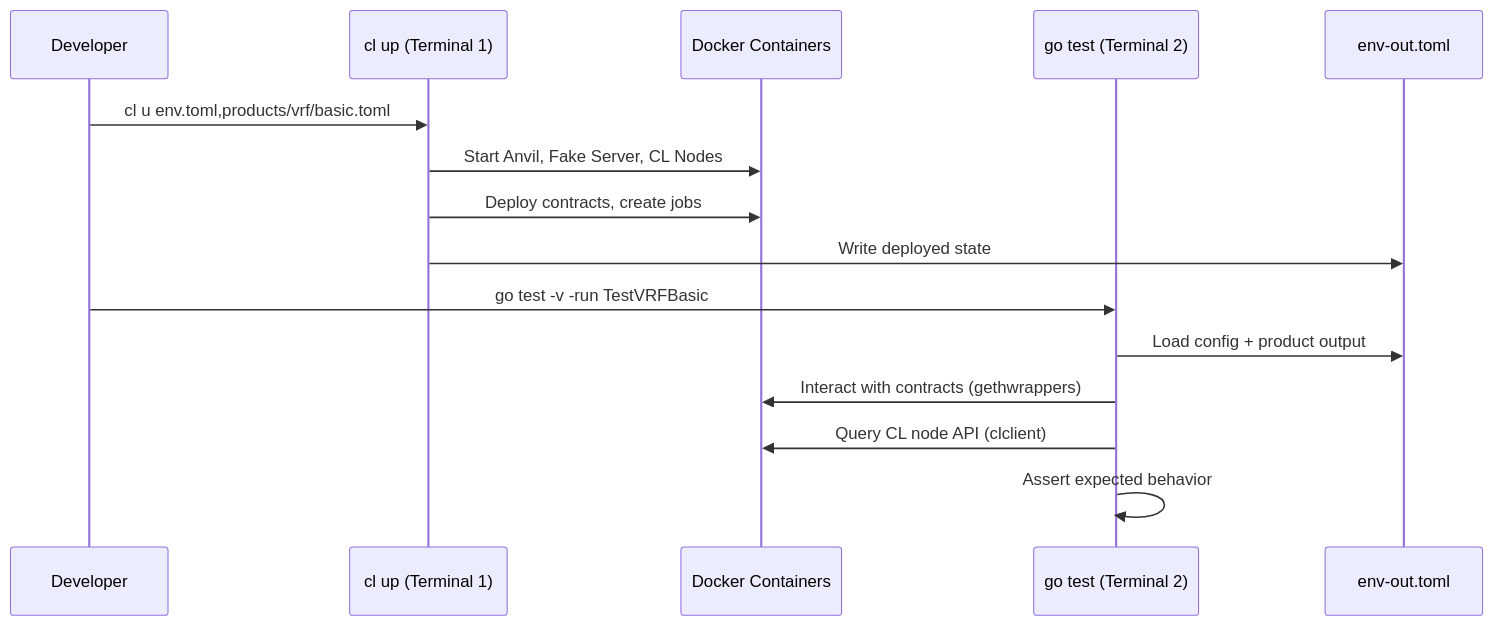
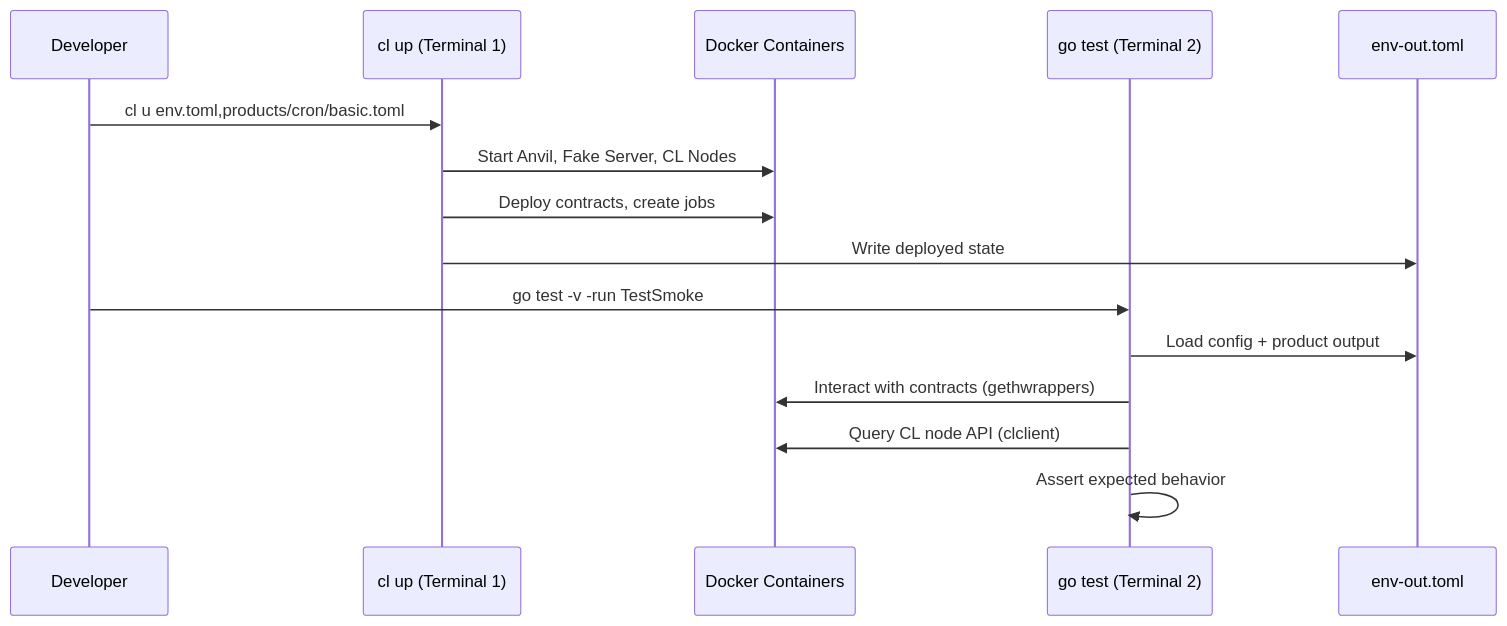
Before and after one commit to smartcontractkit/chainlink: the fourth of 5 diagrams in devenv/design.md, drawn with Mermaid. The commit also changed other lines of this file and 23 other files, not shown here.

````diff
--- a/devenv/design.md
+++ b/devenv/design.md
@@ -241,19 +240,19 @@
 ```mermaid
 sequenceDiagram
     participant Dev as Developer
     participant CLI as cl up (Terminal 1)
     participant Docker as Docker Containers
     participant Test as go test (Terminal 2)
     participant EnvOut as env-out.toml
 
-    Dev->>CLI: cl u env.toml,products/vrf/basic.toml
+    Dev->>CLI: cl u env.toml,products/cron/basic.toml
     CLI->>Docker: Start Anvil, Fake Server, CL Nodes
     CLI->>Docker: Deploy contracts, create jobs
     CLI->>EnvOut: Write deployed state
 
-    Dev->>Test: go test -v -run TestVRFBasic
+    Dev->>Test: go test -v -run TestSmoke
     Test->>EnvOut: Load config + product output
     Test->>Docker: Interact with contracts (gethwrappers)
     Test->>Docker: Query CL node API (clclient)
     Test->>Test: Assert expected behavior
 ```
````
